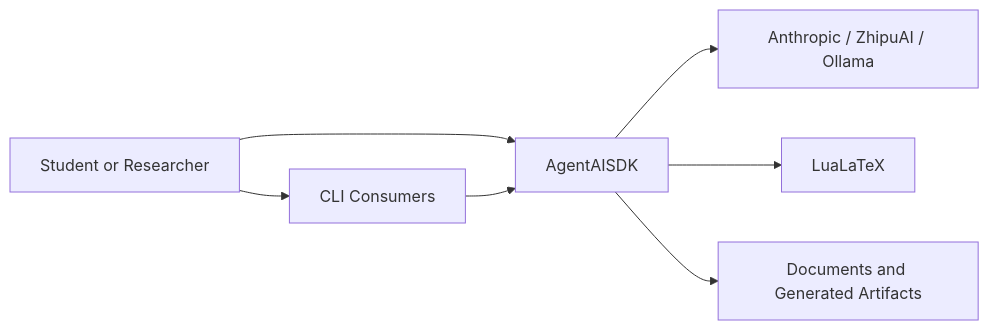
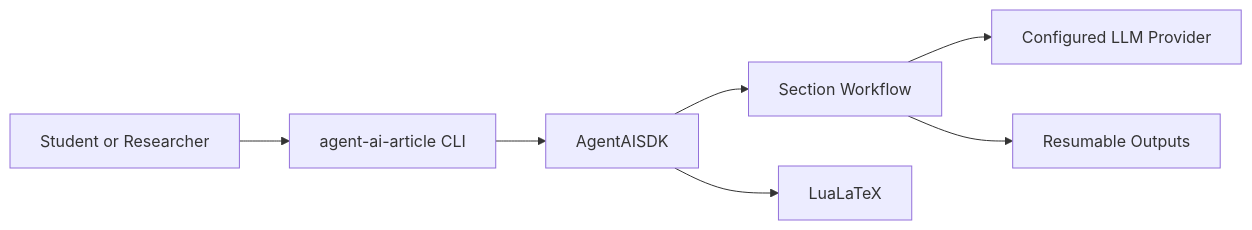
Before and after one commit to Moaawiyah/Ai_Article: the first of 2 diagrams in docs/PLAN.md, drawn with Mermaid. The commit also changed other lines of this file and 58 other files, not shown here.

Commit message:
Implement resumable six-agent article workflow

````diff
--- a/docs/PLAN.md
+++ b/docs/PLAN.md
@@ -12,9 +12,9 @@
 ```mermaid
 flowchart LR
-    User["Student or Researcher"] --> CLI["CLI Consumers"]
-    User --> SDK["AgentAISDK"]
-    CLI --> SDK
-    SDK --> Providers["Anthropic / ZhipuAI / Ollama"]
+    User["Student or Researcher"] --> CLI["agent-ai-article CLI"]
+    CLI --> SDK["AgentAISDK"]
+    SDK --> Workflow["Section Workflow"]
+    Workflow --> Provider["Configured LLM Provider"]
+    Workflow --> Files["Resumable Outputs"]
     SDK --> Latex["LuaLaTeX"]
-    SDK --> Files["Documents and Generated Artifacts"]
 ```
````
